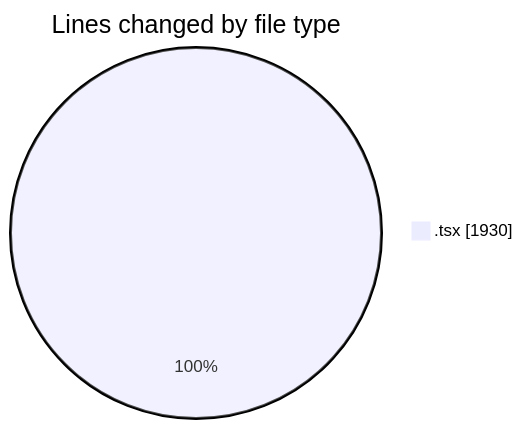
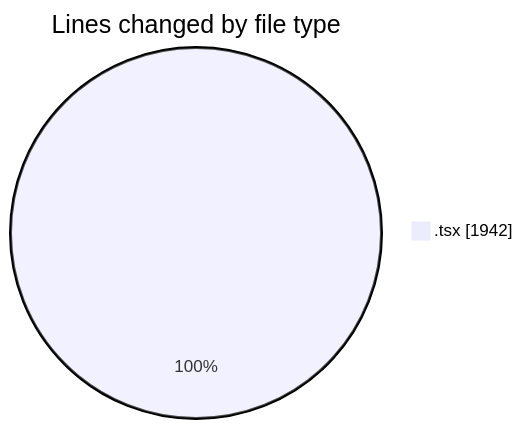
Before and after one commit to momahboobian/code-tracking: the first of 2 diagrams in 2025-06-12/cda/README.md, drawn with Mermaid. The commit also changed other lines of this file and 1 other file, not shown here.

````diff
--- a/2025-06-12/cda/README.md
+++ b/2025-06-12/cda/README.md
@@ -23,5 +23,5 @@
 ```mermaid
 pie showData
 title Lines changed by file type
-".tsx" : 1930
+".tsx" : 1942
 ```
````
